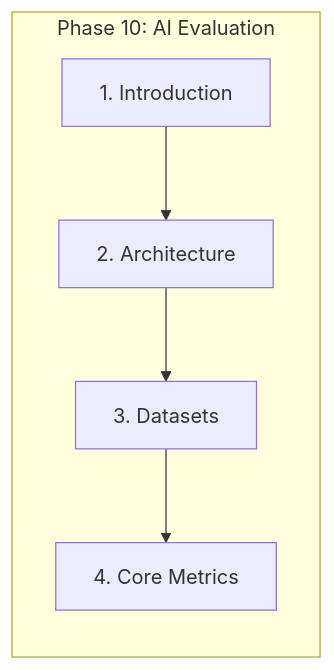
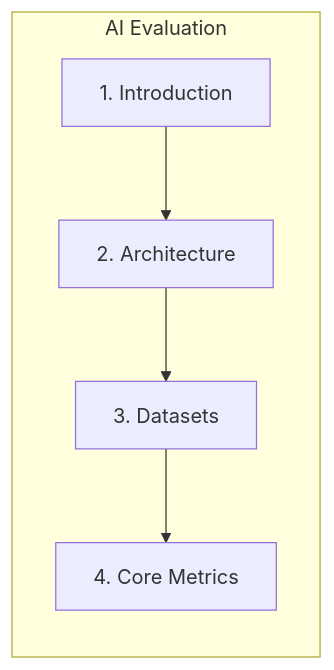
The first of 2 diagrams in domains/ai-evaluation/introduction-to-ai-evaluation.md (abdulsamad183/ai-engineering-playbook), drawn with Mermaid before and after one commit. The commit also changed other lines of this file and 301 other files, not shown here.

````diff
--- a/domains/ai-evaluation/introduction-to-ai-evaluation.md
+++ b/domains/ai-evaluation/introduction-to-ai-evaluation.md
@@ -51,10 +51,10 @@
 ```mermaid
 flowchart LR
-    subgraph "Phase 10: AI Evaluation"
+    subgraph "AI Evaluation"
         S1[1. Introduction]
         S2[2. Architecture]
         S3[3. Datasets]
         S4[4. Core Metrics]
     end
     S1 --> S2 --> S3 --> S4
 ```
````
